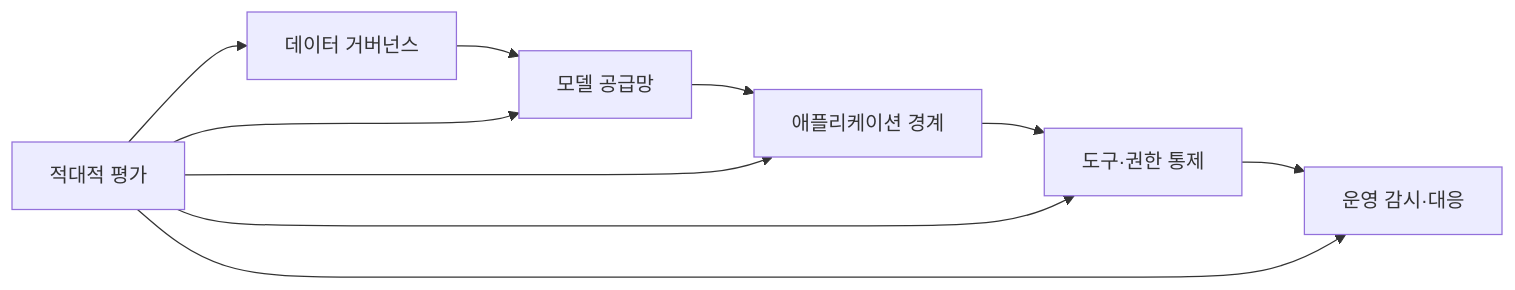
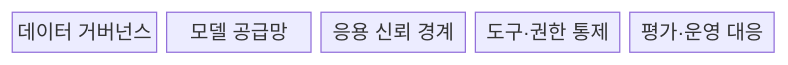
The first of 2 diagrams in src/content/docs/notes/05-security/078_ai_security_threat_landscape.md (agnusdei1207/knowledge-base), drawn with Mermaid before and after one commit. The commit also changed other lines of this file and 8 other files, not shown here.

````diff
--- a/src/content/docs/notes/05-security/078_ai_security_threat_landscape.md
+++ b/src/content/docs/notes/05-security/078_ai_security_threat_landscape.md
@@ -65,12 +61,9 @@
 ```mermaid
-flowchart LR
-    A[데이터 거버넌스] --> B[모델 공급망]
-    B --> C[애플리케이션 경계]
-    C --> D[도구·권한 통제]
-    D --> E[운영 감시·대응]
-    F[적대적 평가] --> A
-    F --> B
-    F --> C
-    F --> D
-    F --> E
+block-beta
+  columns 5
+  A["데이터 거버넌스"]
+  B["모델 공급망"]
+  C["응용 신뢰 경계"]
+  D["도구·권한 통제"]
+  E["평가·운영 대응"]
 ```
````
